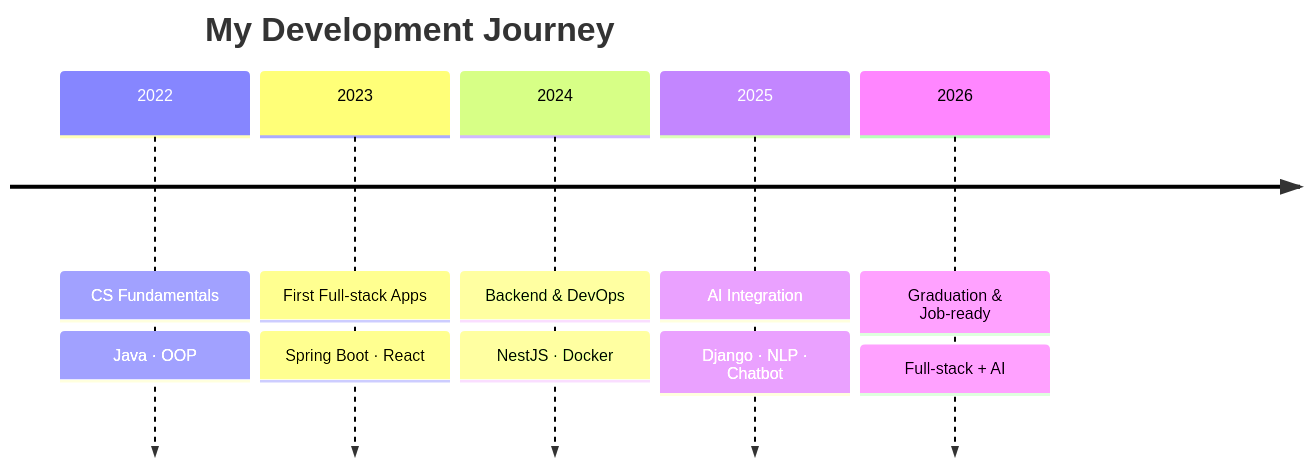
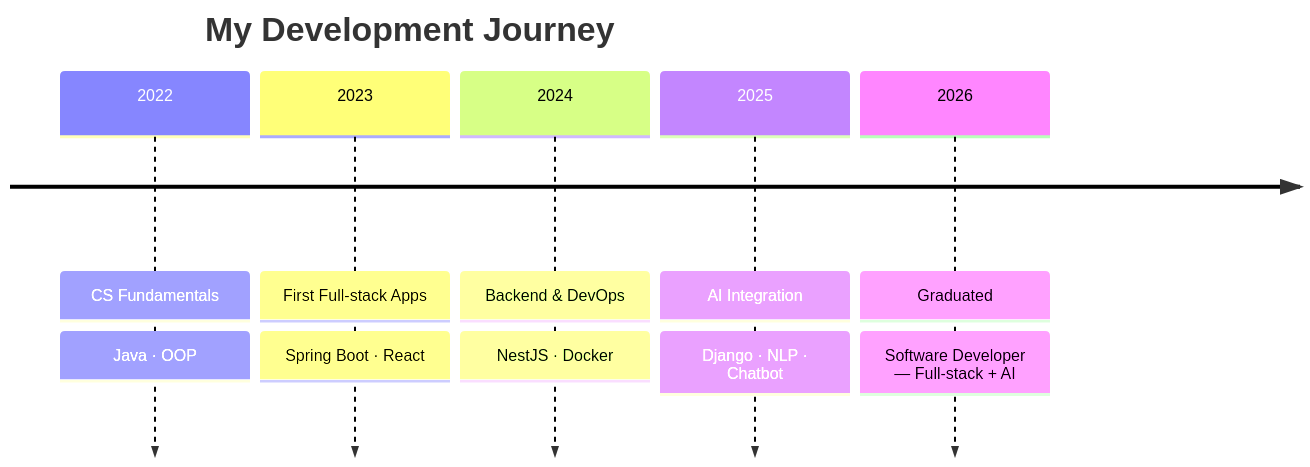
One commit to hoangtuanphong1a/hoangtuanphong1a changed the first of 2 diagrams in README.md. Above: the diagram before and after it, drawn with Mermaid. The commit also changed other lines of this file and 1 other file, not shown here.

````diff
--- a/README.md
+++ b/README.md
@@ -144,9 +168,9 @@
 ```mermaid
 timeline
     title My Development Journey
     2022 : CS Fundamentals : Java · OOP
     2023 : First Full-stack Apps : Spring Boot · React
     2024 : Backend & DevOps : NestJS · Docker
     2025 : AI Integration : Django · NLP · Chatbot
-    2026 : Graduation & Job-ready : Full-stack + AI
+    2026 : Graduated : Software Developer — Full-stack + AI
 ```
````
